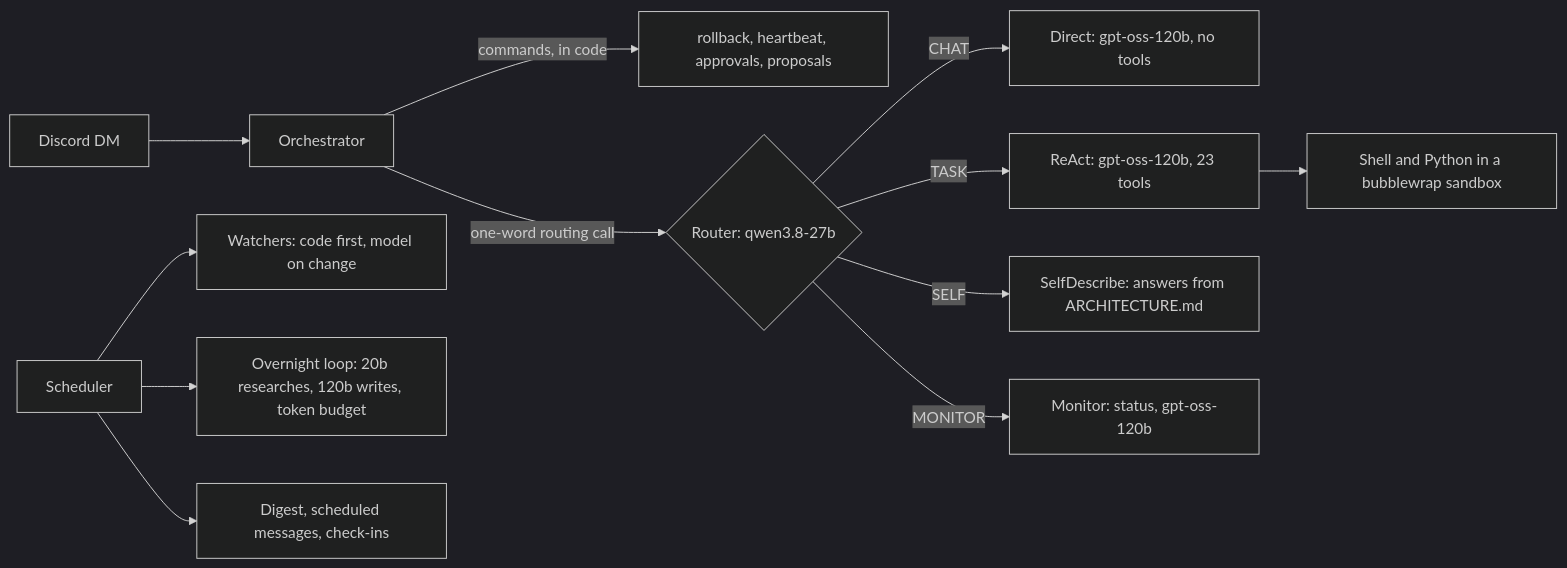
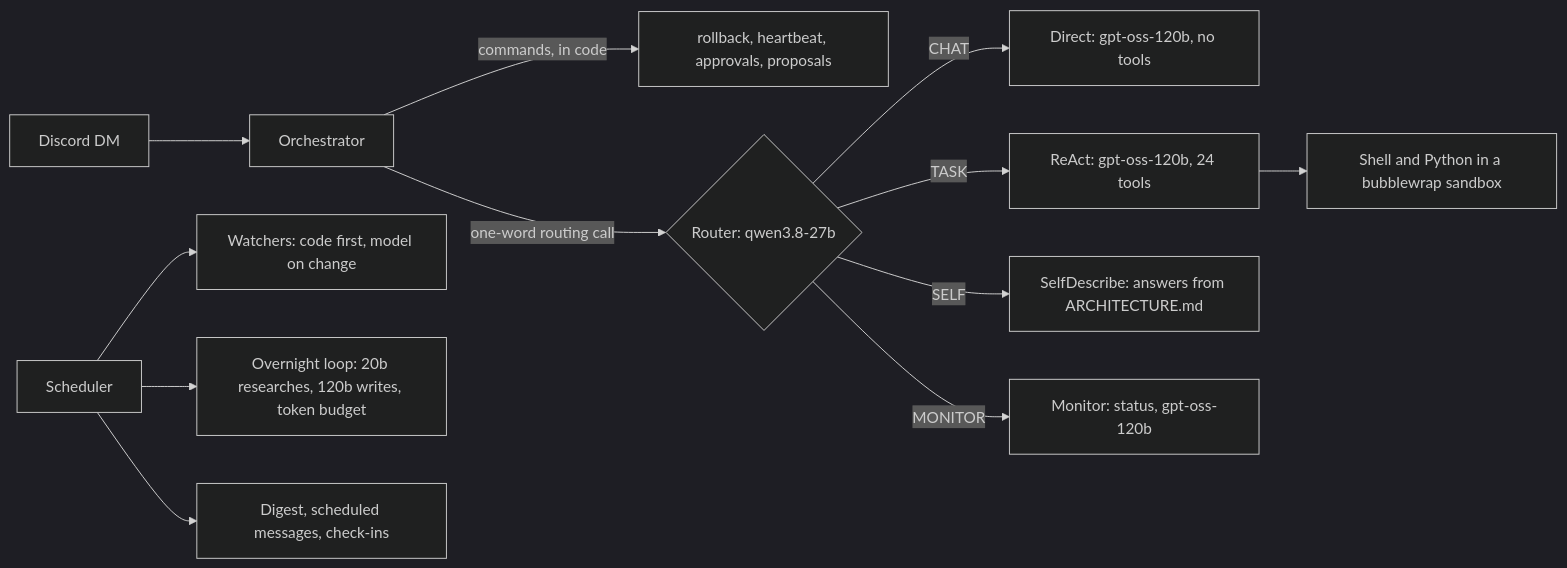
One commit to neoprimlabs/I.G.O.R. changed the diagram in README.md. Above: the diagram before and after it, drawn with Mermaid (dark theme). The commit also changed other lines of this file and 18 other files, not shown here.

````diff
--- a/README.md
+++ b/README.md
@@ -33,14 +33,14 @@
 ```mermaid
 flowchart LR
     U["Discord DM"] --> O["Orchestrator"]
     O -->|"commands, in code"| K["rollback, heartbeat, approvals, proposals"]
     O -->|"one-word routing call"| R{"Router: qwen3.8-27b"}
     R -->|CHAT| D["Direct: gpt-oss-120b, no tools"]
-    R -->|TASK| A["ReAct: gpt-oss-120b, 23 tools"]
+    R -->|TASK| A["ReAct: gpt-oss-120b, 24 tools"]
     R -->|SELF| S["SelfDescribe: answers from ARCHITECTURE.md"]
     R -->|MONITOR| M["Monitor: status, gpt-oss-120b"]
     A --> B["Shell and Python in a bubblewrap sandbox"]
     J["Scheduler"] --> W["Watchers: code first, model on change"]
     J --> N["Overnight loop: 20b researches, 120b writes, token budget"]
     J --> G["Digest, scheduled messages, check-ins"]
 ```
````
